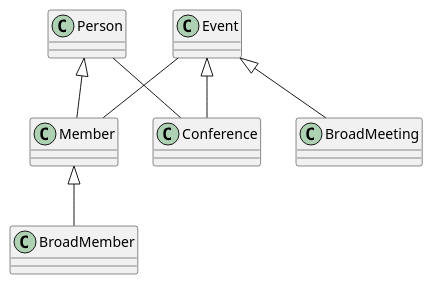
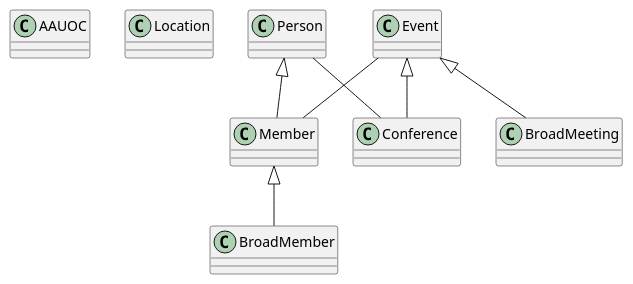
Before and after one commit to sandrasd89/UMLClasesSandra: the diagram in P11_Diagrama_UML.puml, drawn with PlantUML.

Commit message:
Se han creado las clases aauoc y location

```diff
--- a/P11_Diagrama_UML.puml
+++ b/P11_Diagrama_UML.puml
@@ -1,32 +1,38 @@
 @startuml
 
+class AAUOC {
+
+}
+class Location {
+
+}
 class Event{
 
 }
 class Conference {
 
 }
 class BroadMeeting{
 }
 
 class Person {
 
 }
 class Member{
 
 }
 
 class BroadMember {
 
 }
 
 
 Event <|-- Conference
 Event <|-- BroadMeeting
 Person <|-- Member
 Member <|-- BroadMember
 Event -- Member
 Person -- Conference
 
 
 @enduml
```
